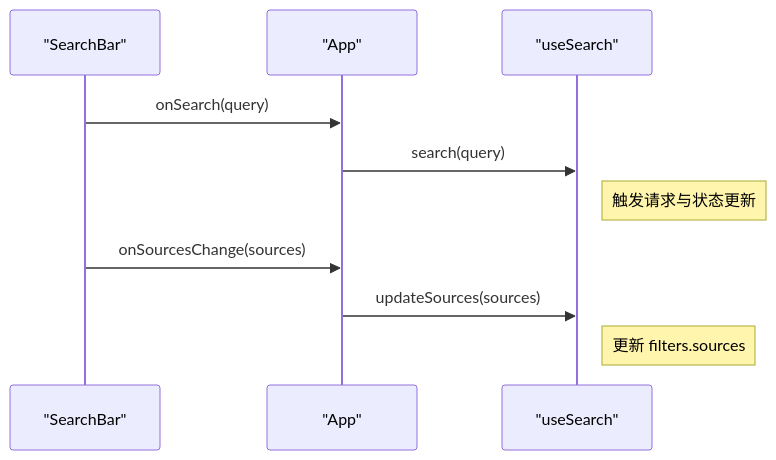
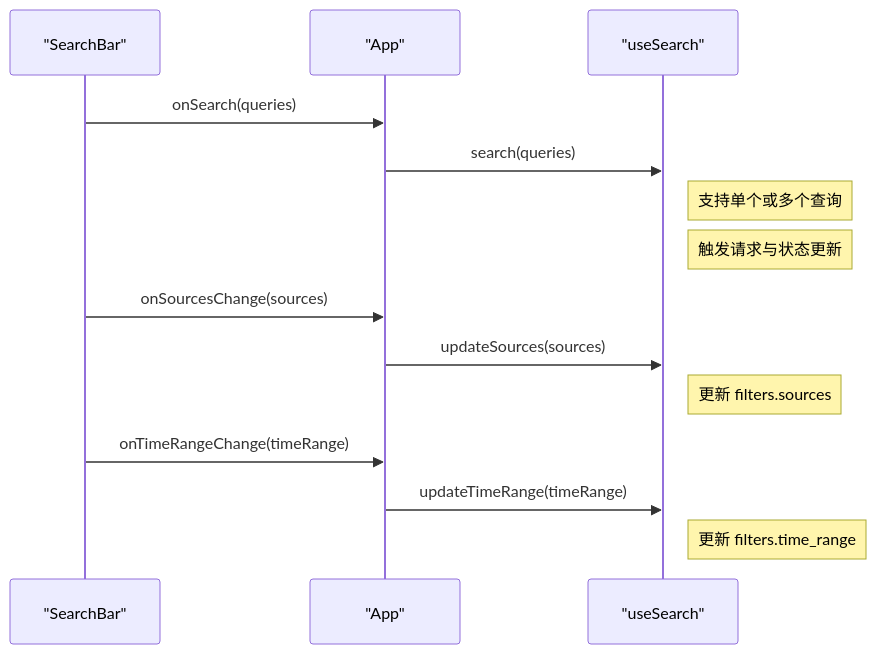
The seventh of 9 diagrams in .qoder/repowiki/zh/content/前端开发指南/自定义Hook系统/useSearch Hook.md (wangdy21/search_is_all_you_need), drawn with Mermaid before and after one commit. The commit also changed other lines of this file and 11 other files, not shown here.

````diff
--- a/.qoder/repowiki/zh/content/前端开发指南/自定义Hook系统/useSearch Hook.md
+++ b/.qoder/repowiki/zh/content/前端开发指南/自定义Hook系统/useSearch Hook.md
@@ -252,12 +389,16 @@
 ```mermaid
 sequenceDiagram
 participant SB as "SearchBar"
 participant APP as "App"
 participant US as "useSearch"
-SB->>APP : onSearch(query)
-APP->>US : search(query)
+SB->>APP : onSearch(queries)
+APP->>US : search(queries)
+Note right of US : 支持单个或多个查询
 Note right of US : 触发请求与状态更新
 SB->>APP : onSourcesChange(sources)
 APP->>US : updateSources(sources)
 Note right of US : 更新 filters.sources
+SB->>APP : onTimeRangeChange(timeRange)
+APP->>US : updateTimeRange(timeRange)
+Note right of US : 更新 filters.time_range
 ```
````
